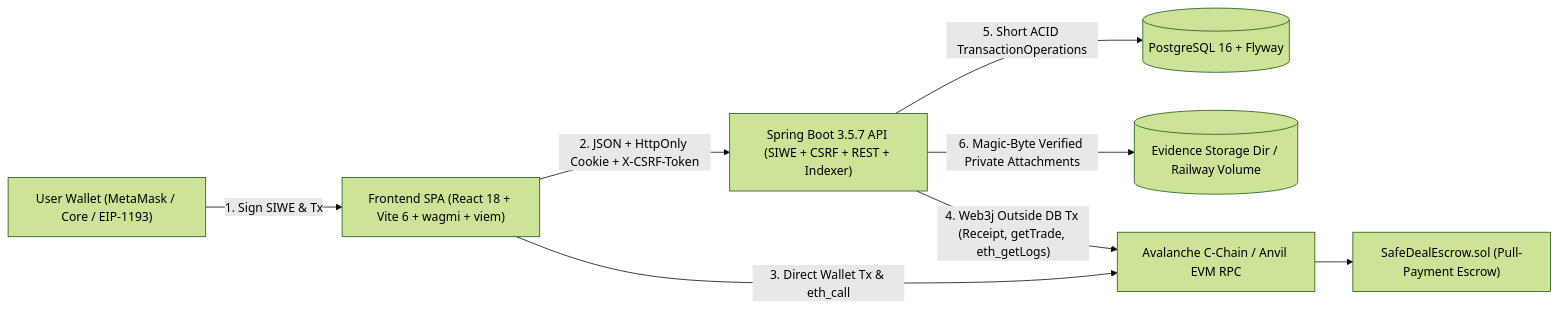
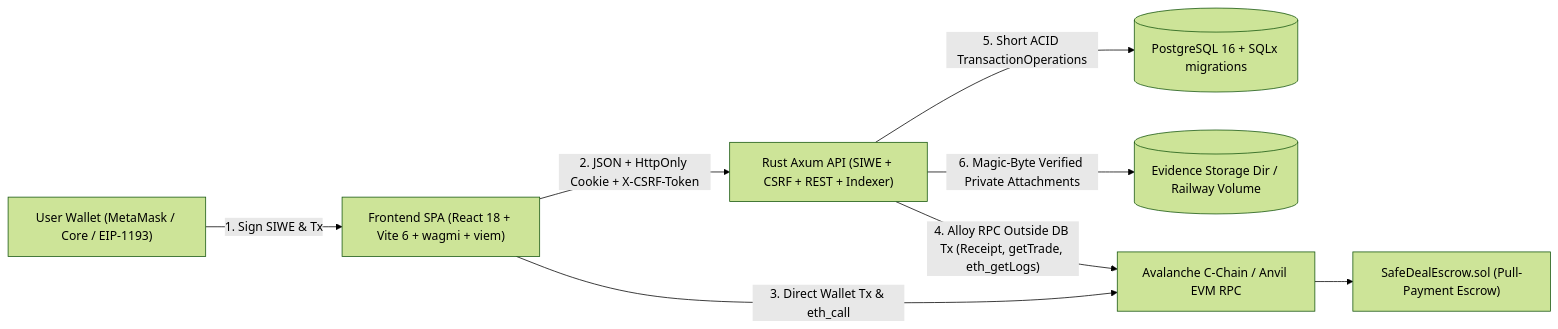
One commit to hienpham0344/SafeDeal changed the first of 2 diagrams in docs/02-architecture.md. Above: the diagram before and after it, drawn with Mermaid (forest theme). The commit also changed other lines of this file and 14 other files, not shown here.

Commit message:
docs: sync docs with Rust/Axum backend and streamline README

````diff
--- a/docs/02-architecture.md
+++ b/docs/02-architecture.md
@@ -7,18 +7,18 @@
 ```mermaid
 flowchart LR
     U["User Wallet (MetaMask / Core / EIP-1193)"]
     FE["Frontend SPA (React 18 + Vite 6 + wagmi + viem)"]
-    API["Spring Boot 3.5.7 API (SIWE + CSRF + REST + Indexer)"]
-    DB[("PostgreSQL 16 + Flyway")]
+    API["Rust Axum API (SIWE + CSRF + REST + Indexer)"]
+    DB[("PostgreSQL 16 + SQLx migrations")]
     FS[("Evidence Storage Dir / Railway Volume")]
     RPC["Avalanche C-Chain / Anvil EVM RPC"]
     SC["SafeDealEscrow.sol (Pull-Payment Escrow)"]
 
     U -- "1. Sign SIWE & Tx" --> FE
     FE -- "2. JSON + HttpOnly Cookie + X-CSRF-Token" --> API
     FE -- "3. Direct Wallet Tx & eth_call" --> RPC
     RPC --> SC
-    API -- "4. Web3j Outside DB Tx (Receipt, getTrade, eth_getLogs)" --> RPC
+    API -- "4. Alloy RPC Outside DB Tx (Receipt, getTrade, eth_getLogs)" --> RPC
     API -- "5. Short ACID TransactionOperations" --> DB
     API -- "6. Magic-Byte Verified Private Attachments" --> FS
 ```
````
